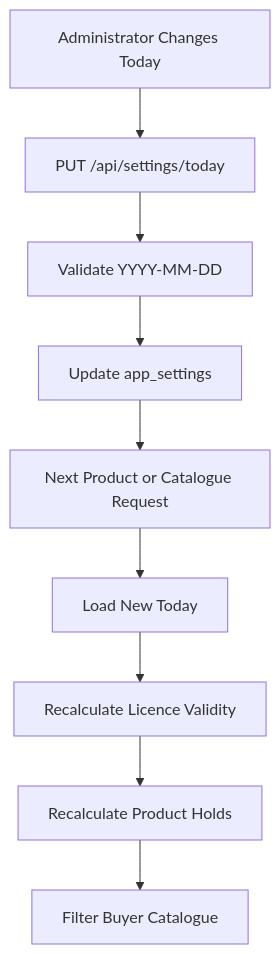
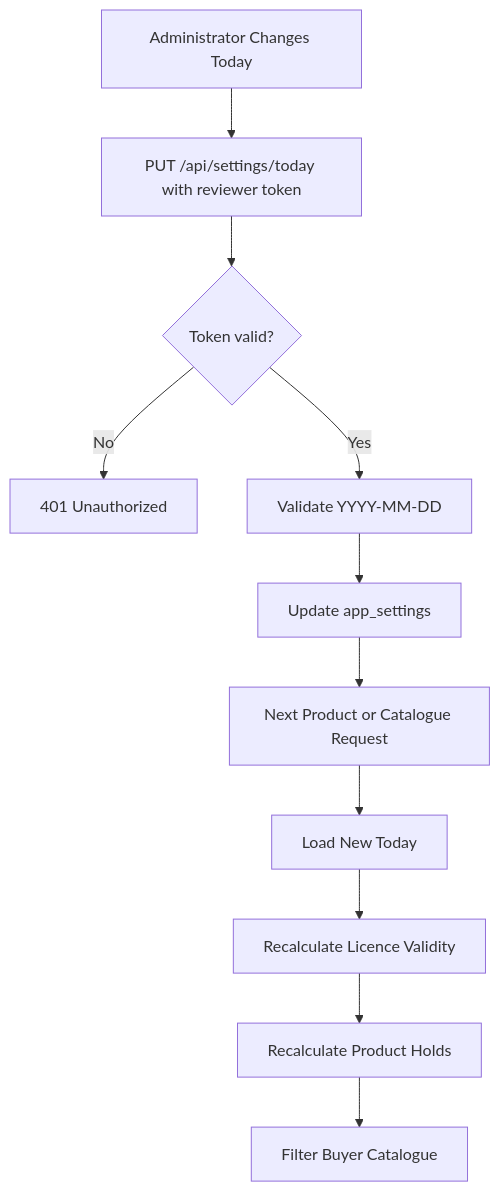
The sixth of 6 diagrams in docs/OVERVIEW.md (01110011r/licensed-goods), drawn with Mermaid before and after one commit. The commit also changed other lines of this file and 1 other file, not shown here.

````diff
--- a/docs/OVERVIEW.md
+++ b/docs/OVERVIEW.md
@@ -401,11 +417,13 @@
 ```mermaid
 flowchart TD
-    Admin[Administrator Changes Today] --> Request[PUT /api/settings/today]
-    Request --> Validate[Validate YYYY-MM-DD]
+    Admin[Administrator Changes Today] --> Request[PUT /api/settings/today with reviewer token]
+    Request --> Auth{Token valid?}
+    Auth -->|No| Refuse[401 Unauthorized]
+    Auth -->|Yes| Validate[Validate YYYY-MM-DD]
     Validate --> Save[Update app_settings]
     Save --> NextRequest[Next Product or Catalogue Request]
     NextRequest --> Load[Load New Today]
     Load --> Validity[Recalculate Licence Validity]
     Validity --> Hold[Recalculate Product Holds]
     Hold --> Catalogue[Filter Buyer Catalogue]
 ```
````
